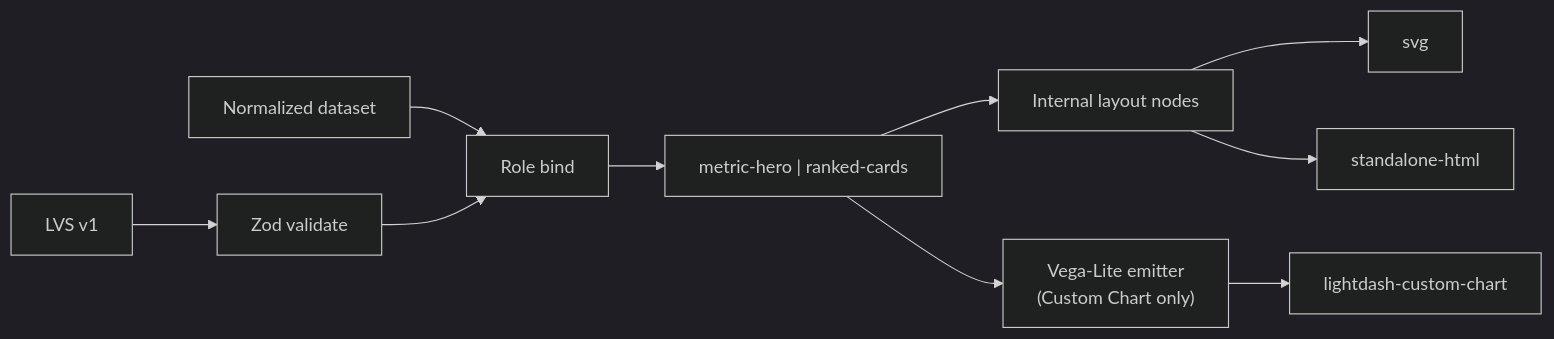
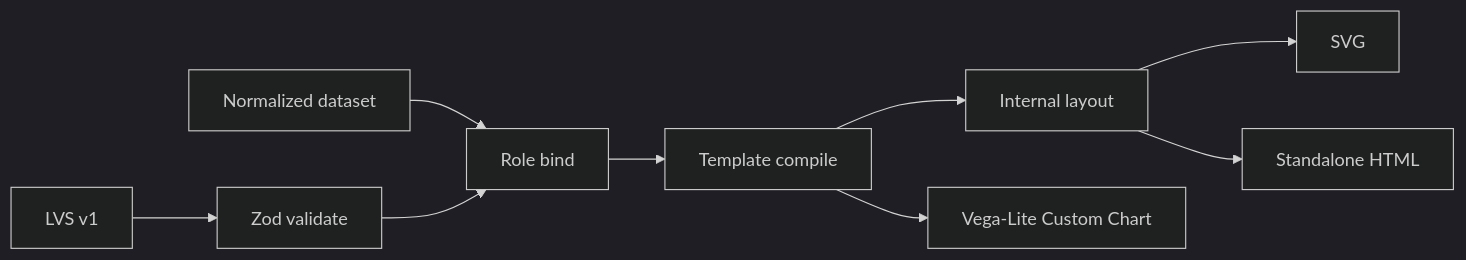
The first of 3 diagrams in docs/rfc-visualization-platform.md (yu-iskw/lightdash-tools), drawn with Mermaid (dark theme) before and after one commit. The commit also changed other lines of this file and 42 other files, not shown here.

````diff
--- a/docs/rfc-visualization-platform.md
+++ b/docs/rfc-visualization-platform.md
@@ -31,12 +25,11 @@
 ```mermaid
 flowchart LR
-    Spec["LVS v1"] --> Validate["Zod validate"]
-    Dataset["Normalized dataset"] --> Bind["Role bind"]
-    Validate --> Bind
-    Bind --> Template["metric-hero | ranked-cards"]
-    Template --> Layout["Internal layout nodes"]
-    Template --> Vega["Vega-Lite emitter\n(Custom Chart only)"]
-    Layout --> SVG["svg"]
-    Layout --> HTML["standalone-html"]
-    Vega --> Custom["lightdash-custom-chart"]
+  Spec["LVS v1"] --> Validate["Zod validate"]
+  Dataset["Normalized dataset"] --> Bind["Role bind"]
+  Validate --> Bind
+  Bind --> Template["Template compile"]
+  Template --> Layout["Internal layout"]
+  Layout --> SVG["SVG"]
+  Layout --> HTML["Standalone HTML"]
+  Template --> Vega["Vega-Lite Custom Chart"]
 ```
````
